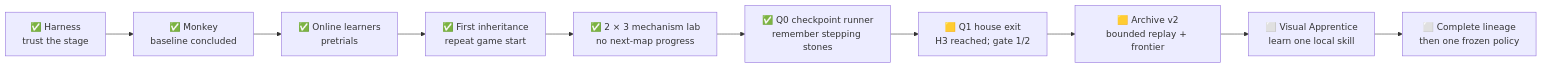
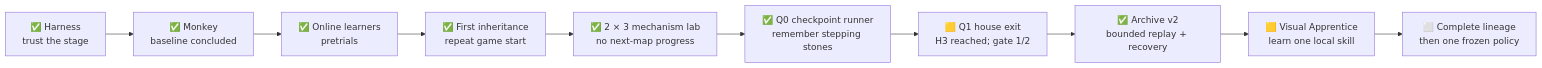
Before and after one commit to PeteAndrews1289/pokemon-red-ai: the first of 2 diagrams in README.md, drawn with Mermaid. The commit also changed other lines of this file and 12 other files, not shown here.

````diff
--- a/README.md
+++ b/README.md
@@ -74,12 +75,12 @@
 ```mermaid
 flowchart LR
     P0["✅ Harness<br/>trust the stage"] --> B0["✅ Monkey<br/>baseline concluded"]
     B0 --> B2["✅ Online learners<br/>pretrials"]
     B2 --> B1["✅ First inheritance<br/>repeat game start"]
     B1 --> EV["✅ 2 × 3 mechanism lab<br/>no next-map progress"]
     EV --> EX["✅ Q0 checkpoint runner<br/>remember stepping stones"]
     EX --> Q1["🟨 Q1 house exit<br/>H3 reached; gate 1/2"]
-    Q1 --> SC["🟨 Archive v2<br/>bounded replay + frontier"]
-    SC --> EM["⬜ Visual Apprentice<br/>learn one local skill"]
+    Q1 --> SC["✅ Archive v2<br/>bounded replay + recovery"]
+    SC --> EM["🟨 Visual Apprentice<br/>learn one local skill"]
     EM --> FR["⬜ Complete lineage<br/>then one frozen policy"]
 ```
````
